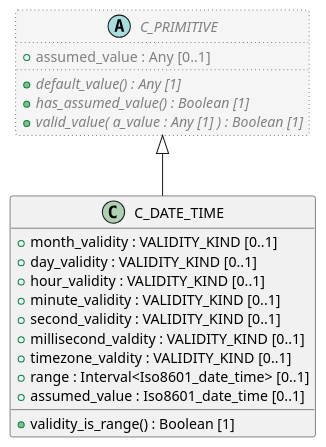
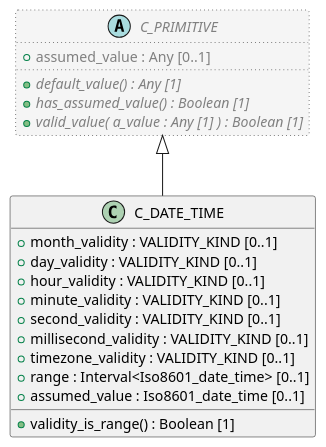
The diagram in code/Adoc/openehr_am_1.4.0/plantUML/classes/aom14.c_date_time.adoc (sebastian-iancu/code-generator), drawn with PlantUML before and after one commit. The commit also changed 299 other files, not shown here.

```diff
--- a/code/Adoc/openehr_am_1.4.0/plantUML/classes/aom14.c_date_time.adoc
+++ b/code/Adoc/openehr_am_1.4.0/plantUML/classes/aom14.c_date_time.adoc
@@ -1,29 +1,29 @@
 [plantuml,C_DATE_TIME,format=svg]
 -----
 @startuml
 
 class C_DATE_TIME {
   + month_validity : VALIDITY_KIND [0..1]
   + day_validity : VALIDITY_KIND [0..1]
   + hour_validity : VALIDITY_KIND [0..1]
   + minute_validity : VALIDITY_KIND [0..1]
   + second_validity : VALIDITY_KIND [0..1]
-  + millisecond_valdity : VALIDITY_KIND [0..1]
-  + timezone_valdity : VALIDITY_KIND [0..1]
+  + millisecond_validity : VALIDITY_KIND [0..1]
+  + timezone_validity : VALIDITY_KIND [0..1]
   + range : Interval<Iso8601_date_time> [0..1]
   + assumed_value : Iso8601_date_time [0..1]
   + validity_is_range() : Boolean [1]
 }
 
 abstract class C_PRIMITIVE  #whitesmoke;line:gray;line.dotted;text:gray {
   + assumed_value : Any [0..1]
   + {abstract} default_value() : Any [1]
   + {abstract} has_assumed_value() : Boolean [1]
   + {abstract} valid_value( a_value : Any [1] ) : Boolean [1]
 }
 
 C_PRIMITIVE <|-- C_DATE_TIME
 
 
 @enduml
 -----
```
